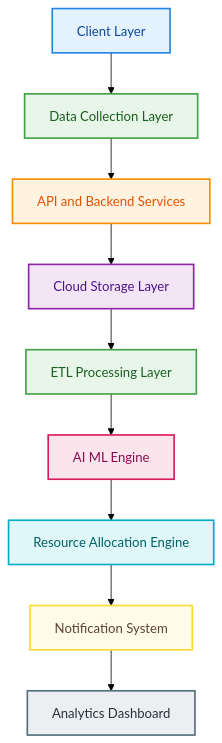
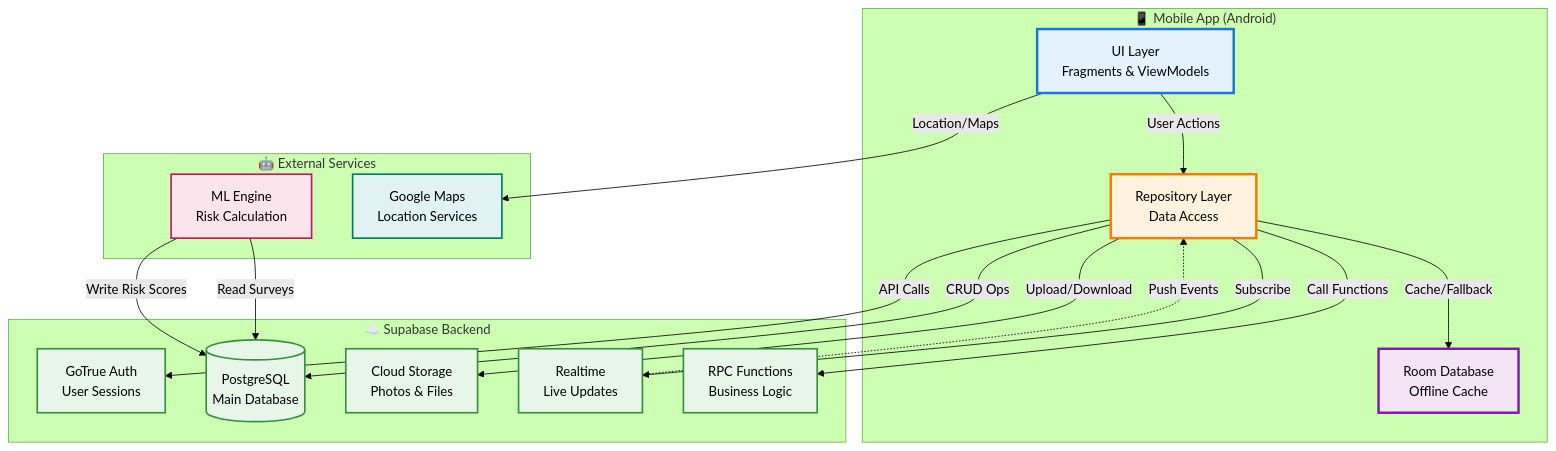
One commit to anshxgaur/APX-GP changed the second of 6 diagrams in README.md. Above: the diagram before and after it, drawn with Mermaid (forest theme). The commit also changed other lines of this file and 77 other files, not shown here.

````diff
--- a/README.md
+++ b/README.md
@@ -77,39 +153,47 @@
 ```mermaid
-flowchart TD
-    A["Client Layer"]
-    B["Data Collection Layer"]
-    C["API and Backend Services"]
-    D["Cloud Storage Layer"]
-    E["ETL Processing Layer"]
-    F["AI ML Engine"]
-    G["Resource Allocation Engine"]
-    H["Notification System"]
-    I["Analytics Dashboard"]
-
-    A --> B
-    B --> C
-    C --> D
-    D --> E
-    E --> F
-    F --> G
-    G --> H
-    H --> I
-
-    classDef client fill:#E3F2FD,stroke:#1E88E5,color:#0D47A1,stroke-width:2px;
-    classDef data fill:#E8F5E9,stroke:#43A047,color:#1B5E20,stroke-width:2px;
-    classDef backend fill:#FFF3E0,stroke:#FB8C00,color:#E65100,stroke-width:2px;
-    classDef cloud fill:#F3E5F5,stroke:#8E24AA,color:#4A148C,stroke-width:2px;
-    classDef ai fill:#FCE4EC,stroke:#D81B60,color:#880E4F,stroke-width:2px;
-    classDef ops fill:#E0F7FA,stroke:#00ACC1,color:#006064,stroke-width:2px;
-    classDef notify fill:#FFFDE7,stroke:#FDD835,color:#5D4037,stroke-width:2px;
-    classDef analytics fill:#ECEFF1,stroke:#546E7A,color:#263238,stroke-width:2px;
-
-    class A client;
-    class B,E data;
-    class C backend;
-    class D cloud;
-    class F ai;
-    class G ops;
-    class H notify;
-    class I analytics;
+graph TB
+    subgraph "📱 Mobile App (Android)"
+        UI[UI Layer<br/>Fragments & ViewModels]
+        REPO[Repository Layer<br/>Data Access]
+        LOCAL[Room Database<br/>Offline Cache]
+    end
+    
+    subgraph "☁️ Supabase Backend"
+        AUTH[GoTrue Auth<br/>User Sessions]
+        DB[(PostgreSQL<br/>Main Database)]
+        STORAGE[Cloud Storage<br/>Photos & Files]
+        REALTIME[Realtime<br/>Live Updates]
+        RPC[RPC Functions<br/>Business Logic]
+    end
+    
+    subgraph "🤖 External Services"
+        ML[ML Engine<br/>Risk Calculation]
+        MAPS[Google Maps<br/>Location Services]
+    end
+    
+    UI -->|User Actions| REPO
+    REPO -->|Cache/Fallback| LOCAL
+    REPO -->|API Calls| AUTH
+    REPO -->|CRUD Ops| DB
+    REPO -->|Upload/Download| STORAGE
+    REPO -->|Subscribe| REALTIME
+    REPO -->|Call Functions| RPC
+    
+    ML -->|Read Surveys| DB
+    ML -->|Write Risk Scores| DB
+    
+    UI -->|Location/Maps| MAPS
+    
+    REALTIME -.->|Push Events| REPO
+    
+    style UI fill:#E3F2FD,stroke:#1976D2,stroke-width:3px
+    style REPO fill:#FFF3E0,stroke:#F57C00,stroke-width:3px
+    style LOCAL fill:#F3E5F5,stroke:#7B1FA2,stroke-width:3px
+    style AUTH fill:#E8F5E9,stroke:#388E3C,stroke-width:2px
+    style DB fill:#E8F5E9,stroke:#388E3C,stroke-width:2px
+    style STORAGE fill:#E8F5E9,stroke:#388E3C,stroke-width:2px
+    style REALTIME fill:#E8F5E9,stroke:#388E3C,stroke-width:2px
+    style RPC fill:#E8F5E9,stroke:#388E3C,stroke-width:2px
+    style ML fill:#FCE4EC,stroke:#C2185B,stroke-width:2px
+    style MAPS fill:#E0F2F1,stroke:#00796B,stroke-width:2px
 ```
````
